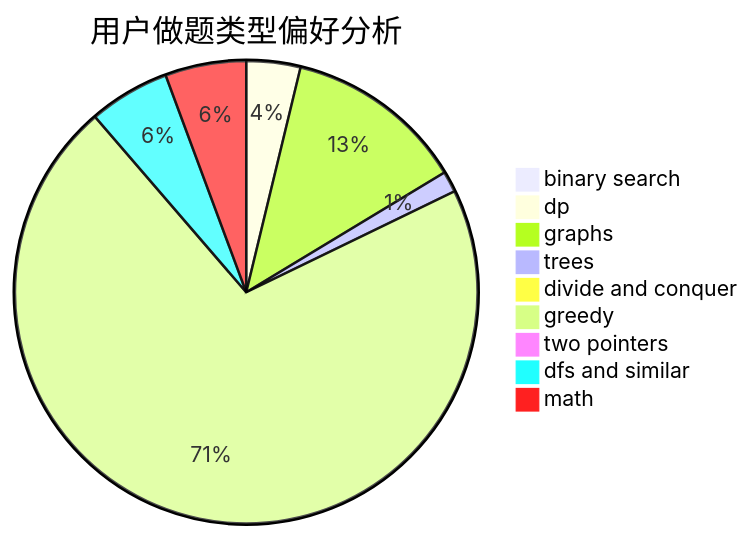
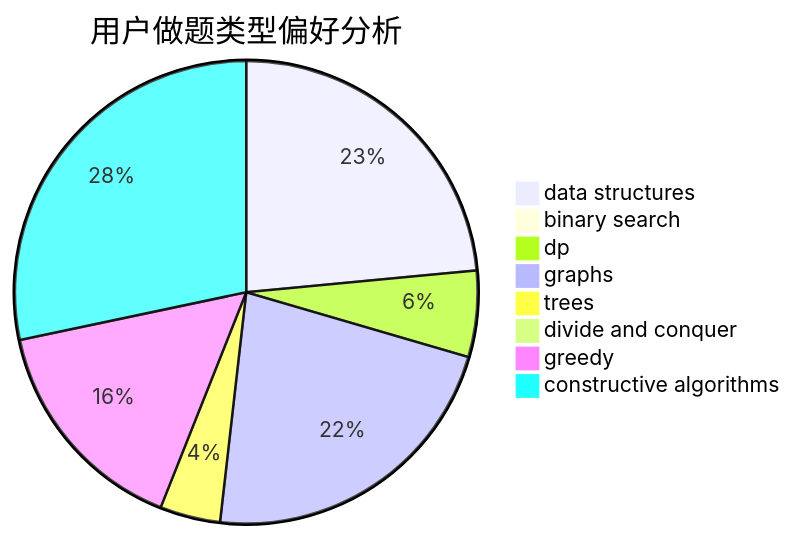
One commit to sherpahu/cfrs.github.io changed the second of 3 diagrams in docs/user/u2254.md. Above: the diagram before and after it, drawn with Mermaid. The commit also changed other lines of this file and 2775 other files, not shown here.

````diff
--- a/docs/user/u2254.md
+++ b/docs/user/u2254.md
@@ -23,12 +23,11 @@
 ```mermaid
 pie title 用户做题类型偏好分析
+    "data structures" :  39
     "binary search" :  0
-    "dp" :  18
-    "graphs" :  60
+    "dp" :  10
+    "graphs" :  37
     "trees" :  7
-    "divide and conquer" :  2
-    "greedy" :  338
-    "two pointers" :  0
-    "dfs and similar" :  27
-    "math" :  27
+    "divide and conquer" :  0
+    "greedy" :  26
+    "constructive algorithms" :  47
 ```
````
